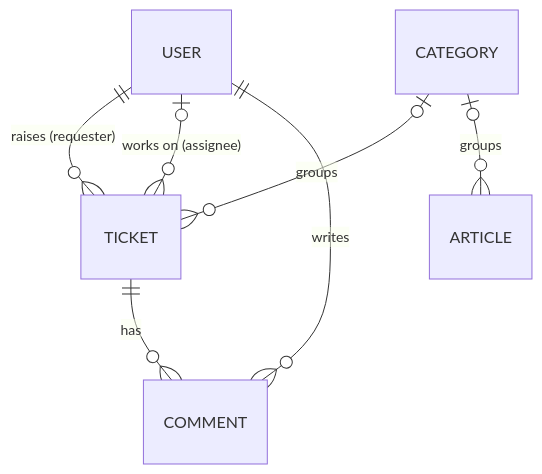
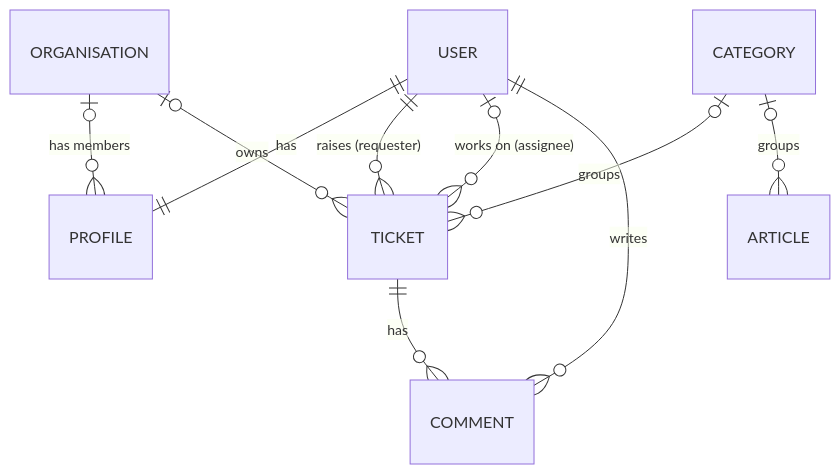
The second of 2 diagrams in docs/GUIDE.md (ManojFam/helpdesk-ticket-tracker), drawn with Mermaid before and after one commit. The commit also changed other lines of this file and 6 other files, not shown here.

````diff
--- a/docs/GUIDE.md
+++ b/docs/GUIDE.md
@@ -153,9 +178,12 @@
 ```mermaid
 erDiagram
+    ORGANISATION |o--o{ PROFILE : "has members"
+    USER ||--|| PROFILE : has
+    ORGANISATION |o--o{ TICKET : "owns"
     USER ||--o{ TICKET : "raises (requester)"
     USER |o--o{ TICKET : "works on (assignee)"
     CATEGORY |o--o{ TICKET : groups
     TICKET ||--o{ COMMENT : has
     USER ||--o{ COMMENT : writes
     CATEGORY |o--o{ ARTICLE : groups
 ```
````
